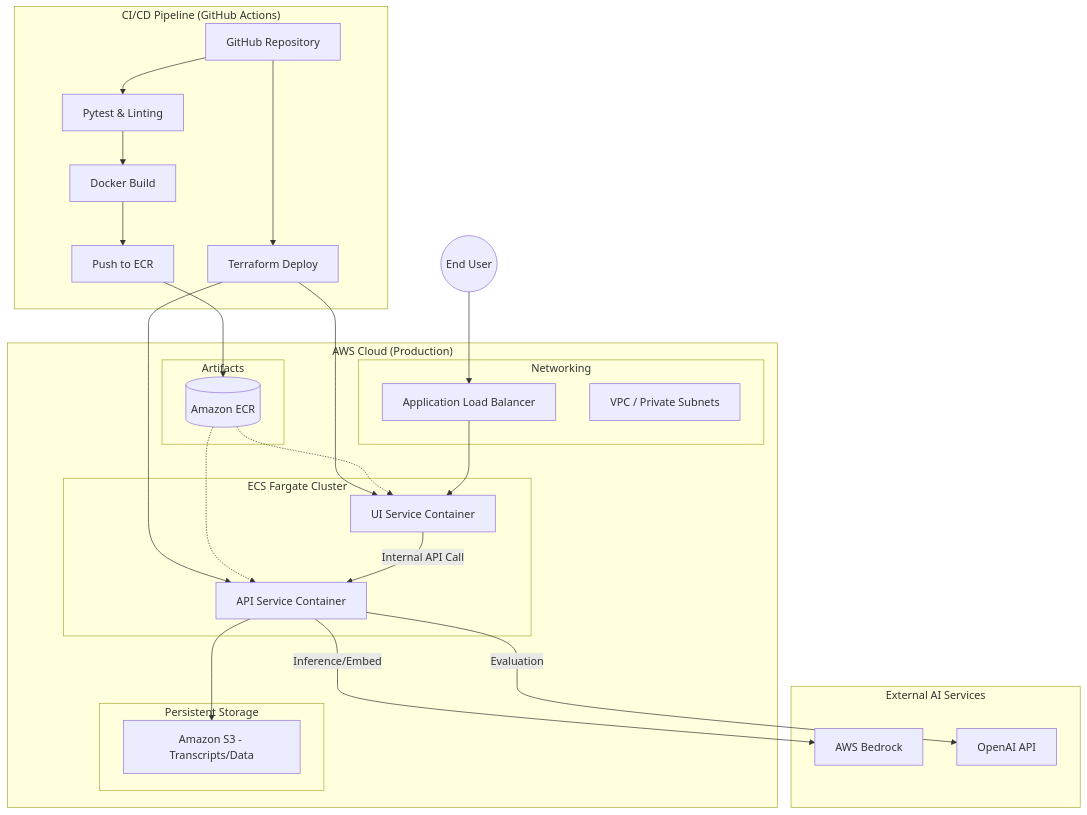
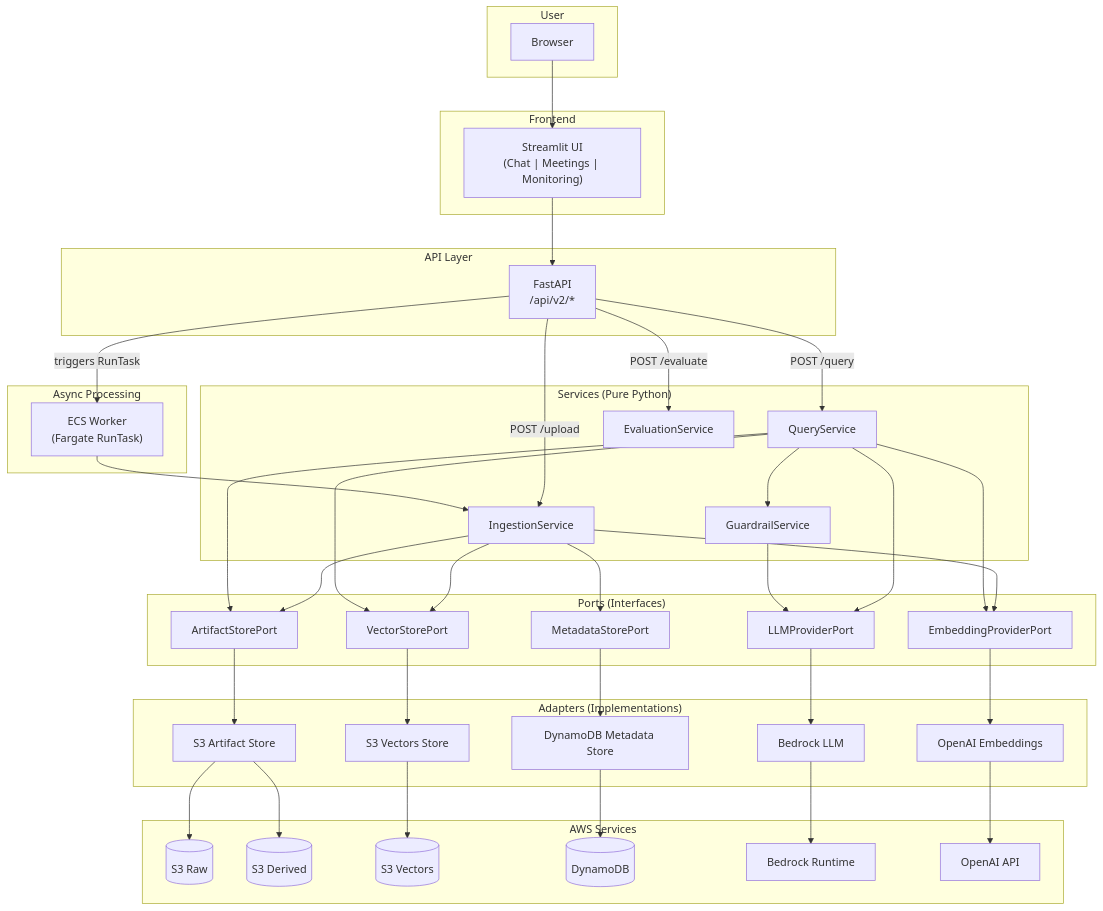
One commit to sriram-ajay/meeting_intelligence_system changed the first of 3 diagrams in README.md. Above: the diagram before and after it, drawn with Mermaid. The commit also changed other lines of this file and 17 other files, not shown here.

````diff
--- a/README.md
+++ b/README.md
@@ -81,52 +94,69 @@
 ```mermaid
 graph TD
-    subgraph "CI/CD Pipeline (GitHub Actions)"
-        GH[GitHub Repository]
-        TEST[Pytest & Linting]
-        BUILD[Docker Build]
-        PUSH[Push to ECR]
-        TFRM[Terraform Deploy]
+    subgraph "User"
+        Browser[Browser]
     end
 
-    subgraph "AWS Cloud (Production)"
-        subgraph "Artifacts"
-            ECR[(Amazon ECR)]
-        end
-
-        subgraph "ECS Fargate Cluster"
-            ECS_API[API Service Container]
-            ECS_UI[UI Service Container]
-        end
-
-        subgraph "Networking"
-            ALB[Application Load Balancer]
-            VPC[VPC / Private Subnets]
-        end
-
-        subgraph "Persistent Storage"
-            S3[Amazon S3 - Transcripts/Data]
-        end
+    subgraph "Frontend"
+        UI["Streamlit UI<br/>(Chat | Meetings | Monitoring)"]
     end
 
-    subgraph "External AI Services"
-        BEDROCK[AWS Bedrock]
-        OPENAI[OpenAI API]
+    subgraph "API Layer"
+        API["FastAPI<br/>/api/v2/*"]
     end
 
-    GH --> TEST
-    TEST --> BUILD
-    BUILD --> PUSH
-    PUSH --> ECR
-    GH --> TFRM
-    TFRM --> ECS_API
-    TFRM --> ECS_UI
-    ECR -.-> ECS_API
-    ECR -.-> ECS_UI
+    subgraph "Async Processing"
+        Worker["ECS Worker<br/>(Fargate RunTask)"]
+    end
 
-    User((End User)) --> ALB
-    ALB --> ECS_UI
-    ECS_UI -- "Internal API Call" --> ECS_API
-    ECS_API --> S3
-    ECS_API -- "Inference/Embed" --> BEDROCK
-    ECS_API -- "Evaluation" --> OPENAI
+    subgraph "Services (Pure Python)"
+        IS[IngestionService]
+        QS[QueryService]
+        GS[GuardrailService]
+        ES[EvaluationService]
+    end
+
+    subgraph "Ports (Interfaces)"
+        AS[ArtifactStorePort]
+        MS[MetadataStorePort]
+        VS[VectorStorePort]
+        LP[LLMProviderPort]
+        EP[EmbeddingProviderPort]
+    end
+
+    subgraph "Adapters (Implementations)"
+        S3A[S3 Artifact Store]
+        DDB[DynamoDB Metadata Store]
+        S3V[S3 Vectors Store]
+        BED[Bedrock LLM]
+        OAI[OpenAI Embeddings]
+    end
+
+    subgraph "AWS Services"
+        S3_R[(S3 Raw)]
+        S3_D[(S3 Derived)]
+        S3Vec[(S3 Vectors)]
+        Dynamo[(DynamoDB)]
+        Bedrock[Bedrock Runtime]
+        OpenAI[OpenAI API]
+    end
+
+    Browser --> UI
+    UI --> API
+    API -- "POST /upload" --> IS
+    API -- "triggers RunTask" --> Worker
+    Worker --> IS
+    API -- "POST /query" --> QS
+    QS --> GS
+    API -- "POST /evaluate" --> ES
+
+    IS --> AS & MS & VS & EP
+    QS --> VS & EP & LP & AS
+    GS --> LP
+
+    AS --> S3A --> S3_R & S3_D
+    MS --> DDB --> Dynamo
+    VS --> S3V --> S3Vec
+    LP --> BED --> Bedrock
+    EP --> OAI --> OpenAI
 ```
````
